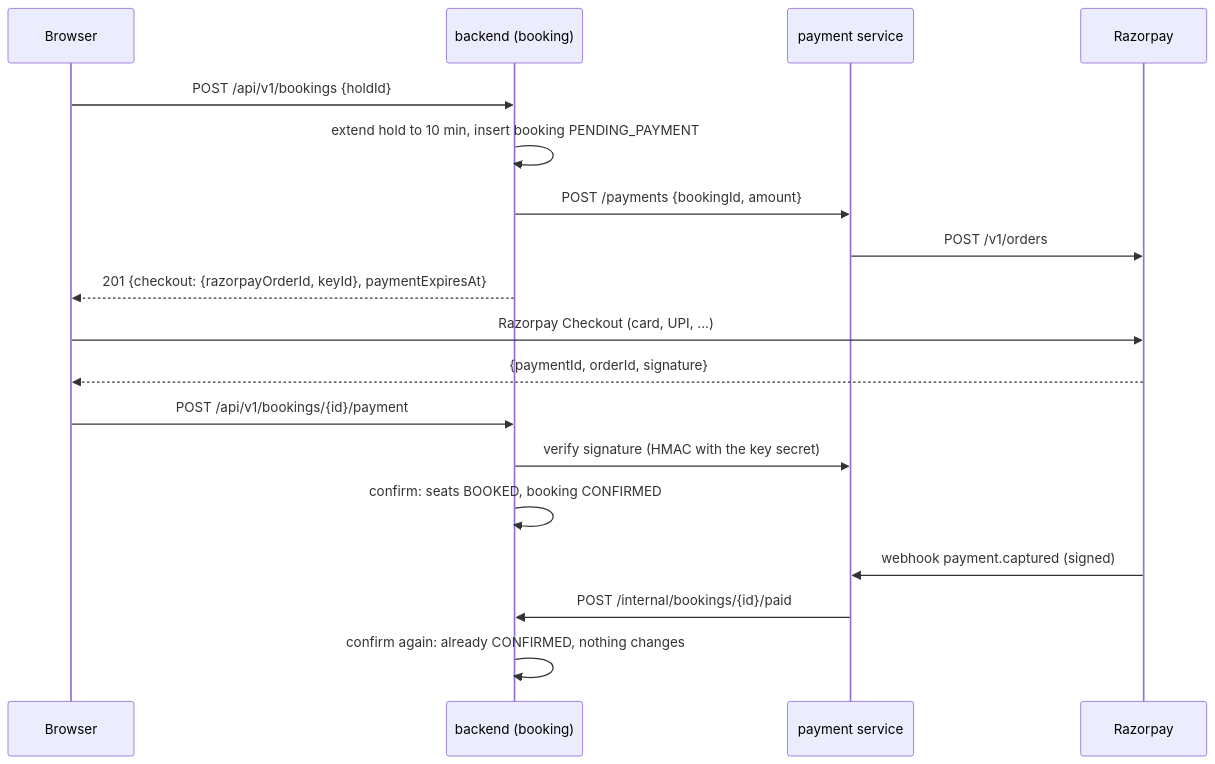
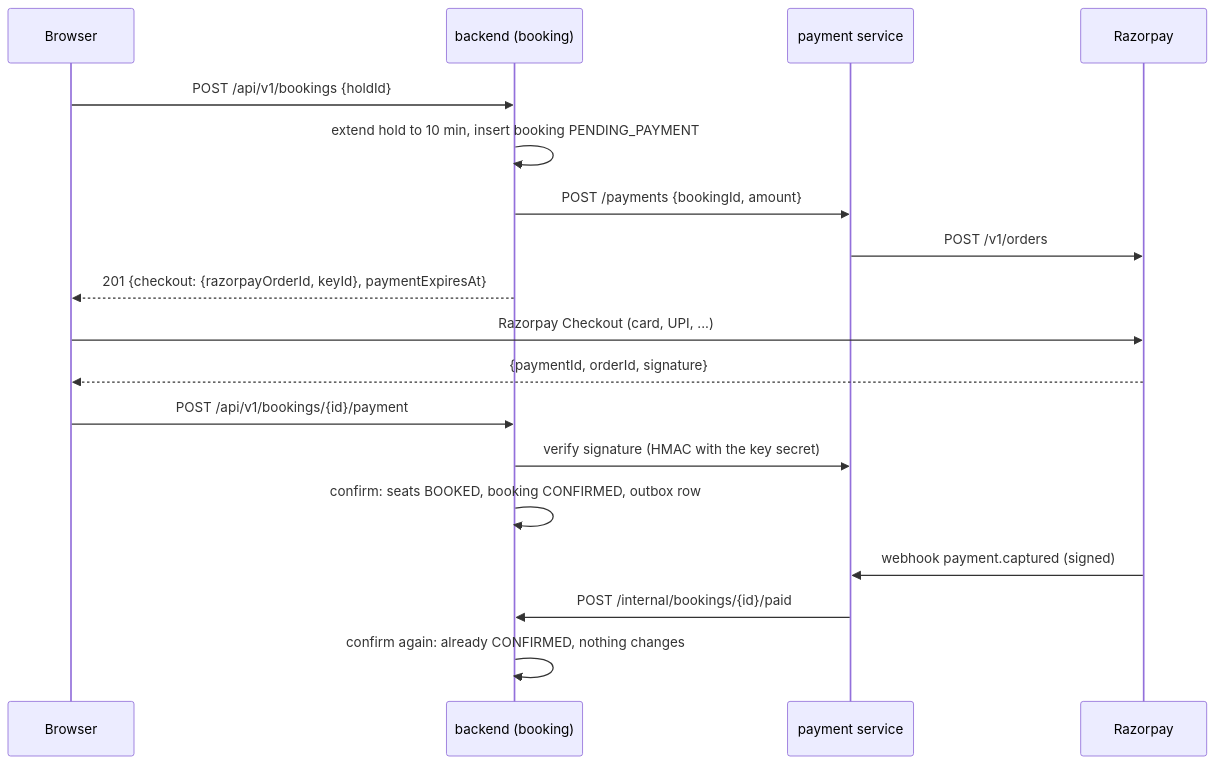
One commit to GopiSVDev/seat-lock changed the third of 4 diagrams in README.md. Above: the diagram before and after it, drawn with Mermaid. The commit also changed other lines of this file and 3 other files, not shown here.

````diff
--- a/README.md
+++ b/README.md
@@ -354,20 +335,20 @@
 ```mermaid
 sequenceDiagram
     participant C as Browser
     participant B as backend (booking)
     participant P as payment service
     participant RZ as Razorpay
     C->>B: POST /api/v1/bookings {holdId}
     B->>B: extend hold to 10 min, insert booking PENDING_PAYMENT
     B->>P: POST /payments {bookingId, amount}
     P->>RZ: POST /v1/orders
     B-->>C: 201 {checkout: {razorpayOrderId, keyId}, paymentExpiresAt}
     C->>RZ: Razorpay Checkout (card, UPI, ...)
     RZ-->>C: {paymentId, orderId, signature}
     C->>B: POST /api/v1/bookings/{id}/payment
     B->>P: verify signature (HMAC with the key secret)
-    B->>B: confirm: seats BOOKED, booking CONFIRMED
+    B->>B: confirm: seats BOOKED, booking CONFIRMED, outbox row
     RZ->>P: webhook payment.captured (signed)
     P->>B: POST /internal/bookings/{id}/paid
     B->>B: confirm again: already CONFIRMED, nothing changes
 ```
````
